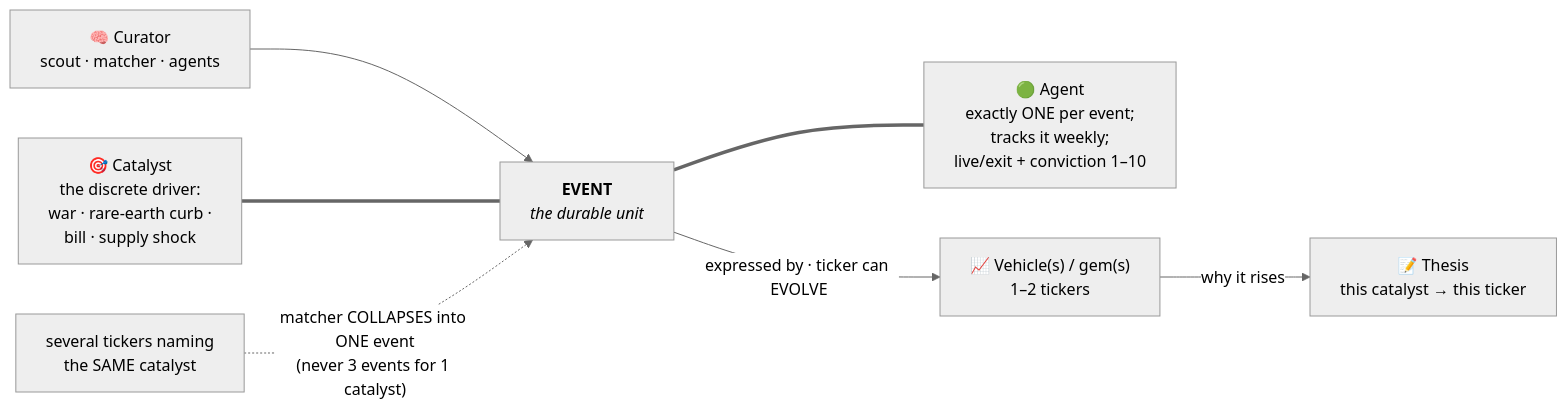
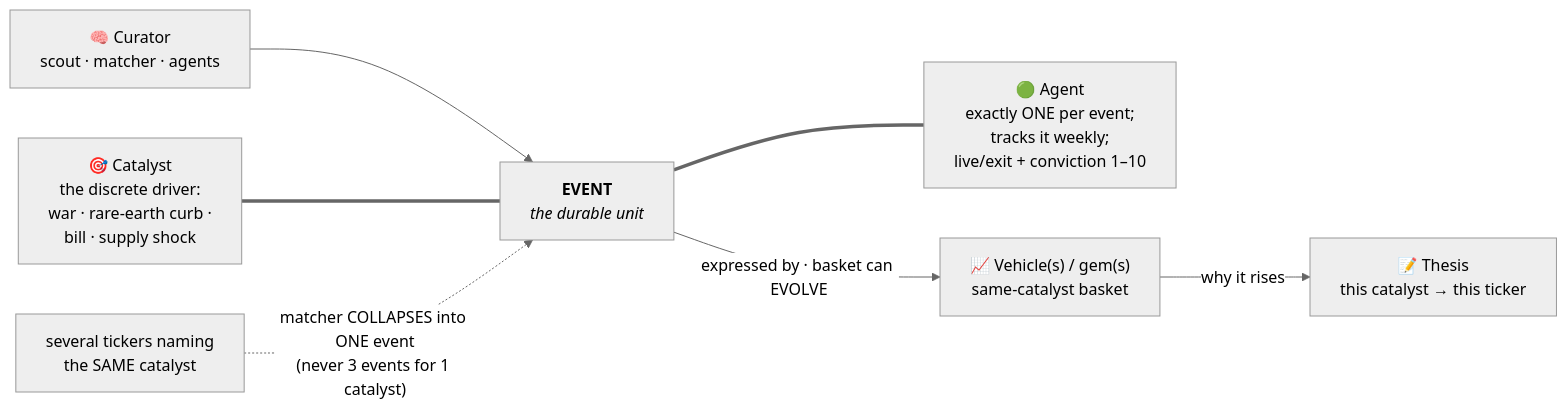
Before and after one commit to joehahn/geo-herd-rider: the second of 2 diagrams in README.md, drawn with Mermaid (neutral theme). The commit also changed other lines of this file and 7 other files, not shown here.

Commit message:
adopt PEER-BASKET: scout lists same-catalyst peers -> event holds a basket -> optimizer sizes/drops. Theme-creep-safe (peers ride inside one vetted catalyst). RNMBY rearmament basket = RNMBY+BAE+Saab+Thales (+235%; single-ticker was +251%, will playtest across all gems). README + storyline updated

````diff
--- a/README.md
+++ b/README.md
@@ -54,8 +54,8 @@
 ```mermaid
 flowchart LR
     CUR["🧠 Curator<br/>scout · matcher · agents"] --> EV
     CAT["🎯 Catalyst<br/>the discrete driver:<br/>war · rare-earth curb ·<br/>bill · supply shock"] === EV["<b>EVENT</b><br/><i>the durable unit</i>"] === AGT["🟢 Agent<br/>exactly ONE per event;<br/>tracks it weekly;<br/>live/exit + conviction 1–10"]
-    EV -- "expressed by · ticker can EVOLVE" --> VEH["📈 Vehicle(s) / gem(s)<br/>1–2 tickers"]
+    EV -- "expressed by · basket can EVOLVE" --> VEH["📈 Vehicle(s) / gem(s)<br/>same-catalyst basket"]
     VEH -- "why it rises" --> THE["📝 Thesis<br/>this catalyst → this ticker"]
     MANY["several tickers naming<br/>the SAME catalyst"] -. "matcher COLLAPSES into ONE event<br/>(never 3 events for 1 catalyst)" .-> EV
 ```
````
